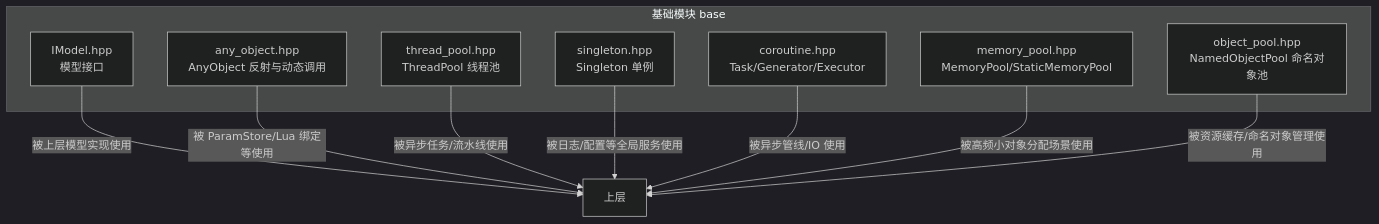
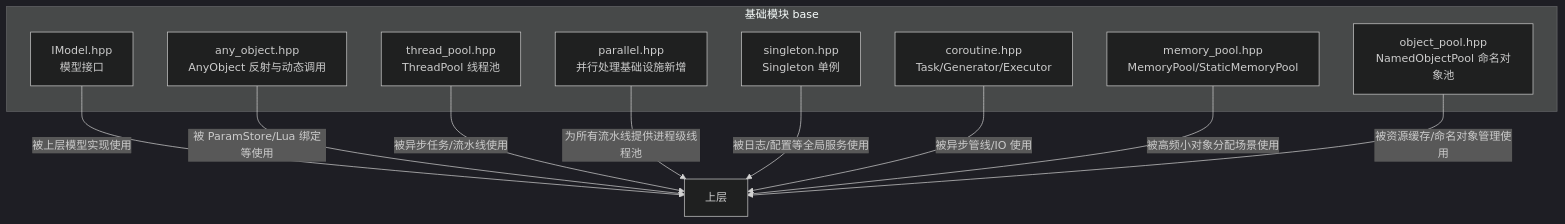
One commit to hsmbanlance/HsBaSlicer changed the first of 12 diagrams in .qoder/repowiki/zh/content/核心模块详解/基础模块 (Base Module)/基础模块 (Base Module).md. Above: the diagram before and after it, drawn with Mermaid (dark theme). The commit also changed other lines of this file and 365 other files, not shown here.

````diff
--- a/.qoder/repowiki/zh/content/核心模块详解/基础模块 (Base Module)/基础模块 (Base Module).md
+++ b/.qoder/repowiki/zh/content/核心模块详解/基础模块 (Base Module)/基础模块 (Base Module).md
@@ -46,19 +57,21 @@
 ```mermaid
 graph TB
 subgraph "基础模块 base"
 IM["IModel.hpp<br/>模型接口"]
 AO["any_object.hpp<br/>AnyObject 反射与动态调用"]
 TP["thread_pool.hpp<br/>ThreadPool 线程池"]
+PP["parallel.hpp<br/>并行处理基础设施新增"]
 SG["singleton.hpp<br/>Singleton 单例"]
 CR["coroutine.hpp<br/>Task/Generator/Executor"]
 MP["memory_pool.hpp<br/>MemoryPool/StaticMemoryPool"]
 OP["object_pool.hpp<br/>NamedObjectPool 命名对象池"]
 end
 IM --> |"被上层模型实现使用"| 上层
 AO --> |"被 ParamStore/Lua 绑定等使用"| 上层
 TP --> |"被异步任务/流水线使用"| 上层
+PP --> |"为所有流水线提供进程级线程池"| 上层
 SG --> |"被日志/配置等全局服务使用"| 上层
 CR --> |"被异步管线/IO 使用"| 上层
 MP --> |"被高频小对象分配场景使用"| 上层
 OP --> |"被资源缓存/命名对象管理使用"| 上层
 ```
````
